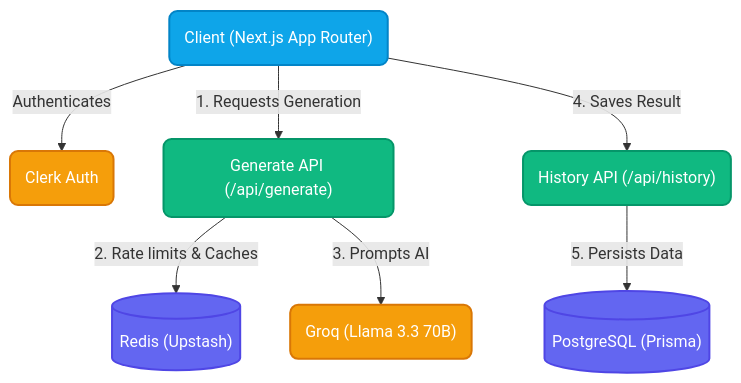
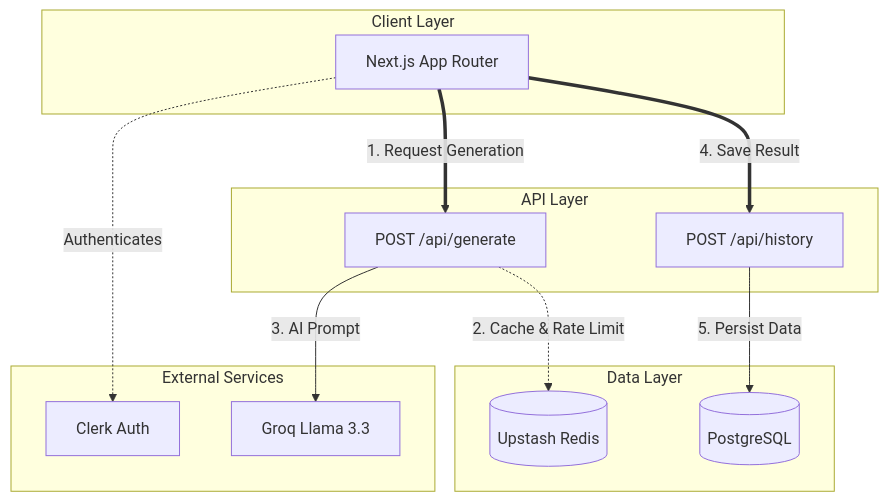
The diagram in README.md (FayssalSabri/LinkedInGenerator), drawn with Mermaid before and after one commit.

Commit message:
docs: update architecture diagram in README to use subgraphs and improved layout

````diff
--- a/README.md
+++ b/README.md
@@ -46,34 +46,30 @@
 ```mermaid
-flowchart TB
-    %% Definitions
-    Client("Client (Next.js App Router)")
-    Clerk("Clerk Auth")
-    GenAPI("Generate API (/api/generate)")
-    HistAPI("History API (/api/history)")
-    Groq("Groq (Llama 3.3 70B)")
-    Redis[("Redis (Upstash)")]
-    DB[("PostgreSQL (Prisma)")]
+flowchart TD
+    subgraph Frontend [Client Layer]
+        Client[Next.js App Router]
+    end
 
-    %% Client Interactions
-    Client -- "Authenticates" --> Clerk
-    Client -- "1. Requests Generation" --> GenAPI
+    subgraph API [API Layer]
+        GenAPI[POST /api/generate]
+        HistAPI[POST /api/history]
+    end
+
+    subgraph External [External Services]
+        Clerk[Clerk Auth]
+        Groq[Groq Llama 3.3]
+    end
+
+    subgraph Data [Data Layer]
+        Redis[(Upstash Redis)]
+        DB[(PostgreSQL)]
+    end
+
+    Client -.->|Authenticates| Clerk
+    Client ==>|1. Request Generation| GenAPI
     
-    %% Generate API Logic
-    GenAPI -- "2. Rate limits & Caches" --> Redis
-    GenAPI -- "3. Prompts AI" --> Groq
+    GenAPI -.->|2. Cache & Rate Limit| Redis
+    GenAPI -->|3. AI Prompt| Groq
     
-    %% History Logic
-    Client -- "4. Saves Result" --> HistAPI
-    HistAPI -- "5. Persists Data" --> DB
-
-    %% Styling
-    classDef client fill:#0ea5e9,stroke:#0284c7,color:#fff,stroke-width:2px,rx:8,ry:8
-    classDef api fill:#10b981,stroke:#059669,color:#fff,stroke-width:2px,rx:8,ry:8
-    classDef external fill:#f59e0b,stroke:#d97706,color:#fff,stroke-width:2px,rx:8,ry:8
-    classDef db fill:#6366f1,stroke:#4f46e5,color:#fff,stroke-width:2px
-
-    class Client client
-    class GenAPI,HistAPI api
-    class Clerk,Groq external
-    class Redis,DB db
+    Client ==>|4. Save Result| HistAPI
+    HistAPI -->|5. Persist Data| DB
 ```
````
